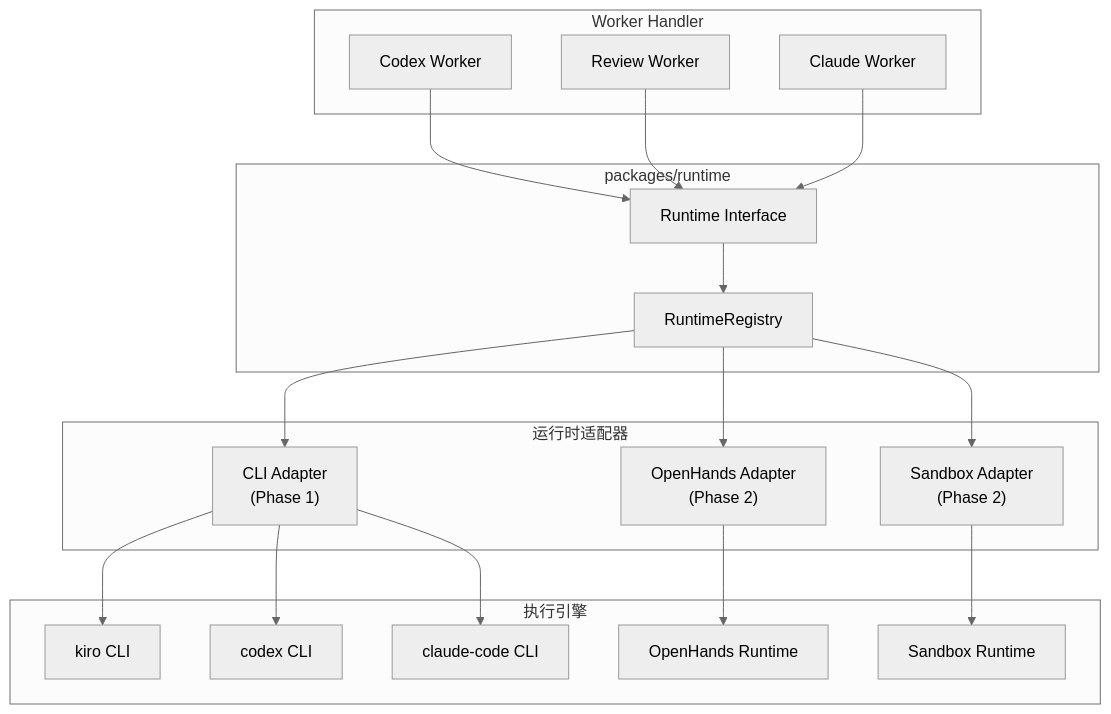
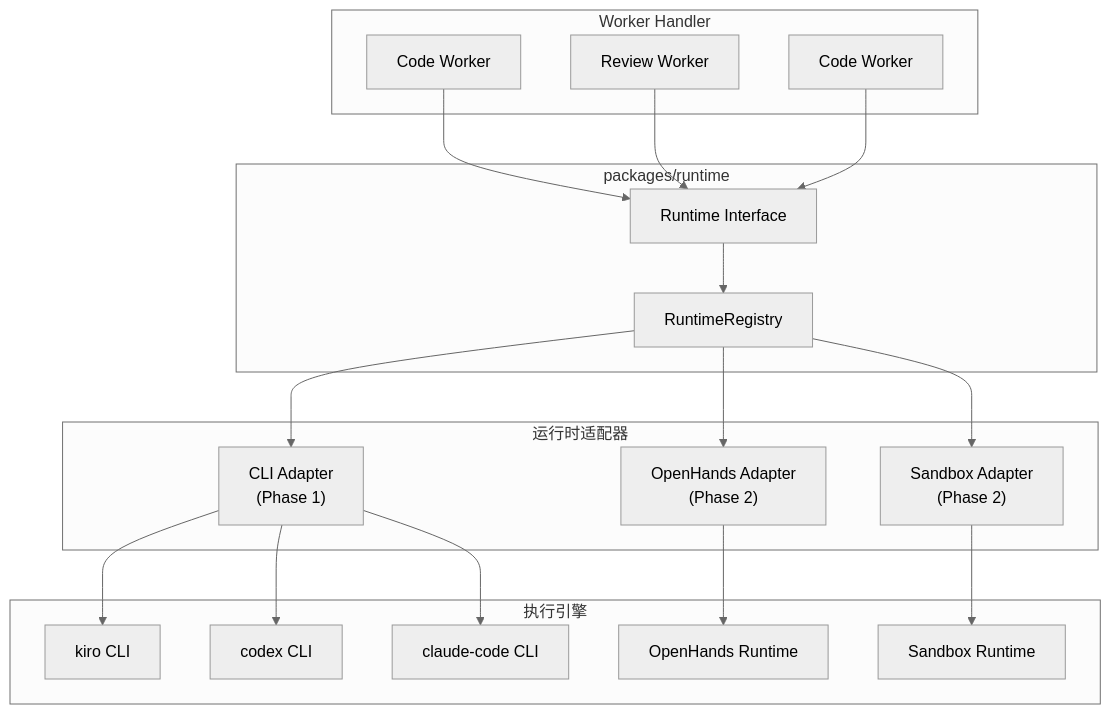
One commit to YoungerYang-Y/ai-sdlc-platform changed the first of 2 diagrams in docs/design-docs/modules/runtime.md. Above: the diagram before and after it, drawn with Mermaid (neutral theme). The commit also changed 15 other files, not shown here.

````diff
--- a/docs/design-docs/modules/runtime.md
+++ b/docs/design-docs/modules/runtime.md
@@ -64,40 +64,40 @@
 ```mermaid
 flowchart TB
   subgraph Workers["Worker Handler"]
-    CW["Codex Worker"]
+    CW["Code Worker"]
     RW["Review Worker"]
-    CLW["Claude Worker"]
+    CLW["Code Worker"]
   end
 
   subgraph RuntimePkg["packages/runtime"]
     RI["Runtime Interface"]
     Reg["RuntimeRegistry"]
   end
 
   subgraph Adapters["运行时适配器"]
     CLI["CLI Adapter<br/>(Phase 1)"]
     OH["OpenHands Adapter<br/>(Phase 2)"]
     SB["Sandbox Adapter<br/>(Phase 2)"]
   end
 
   subgraph Engines["执行引擎"]
     Kiro["kiro CLI"]
     Codex["codex CLI"]
     Claude["claude-code CLI"]
     OHR["OpenHands Runtime"]
     SBR["Sandbox Runtime"]
   end
 
   CW --> RI
   RW --> RI
   CLW --> RI
   RI --> Reg
   Reg --> CLI
   Reg --> OH
   Reg --> SB
   CLI --> Kiro
   CLI --> Codex
   CLI --> Claude
   OH --> OHR
   SB --> SBR
 ```
````
